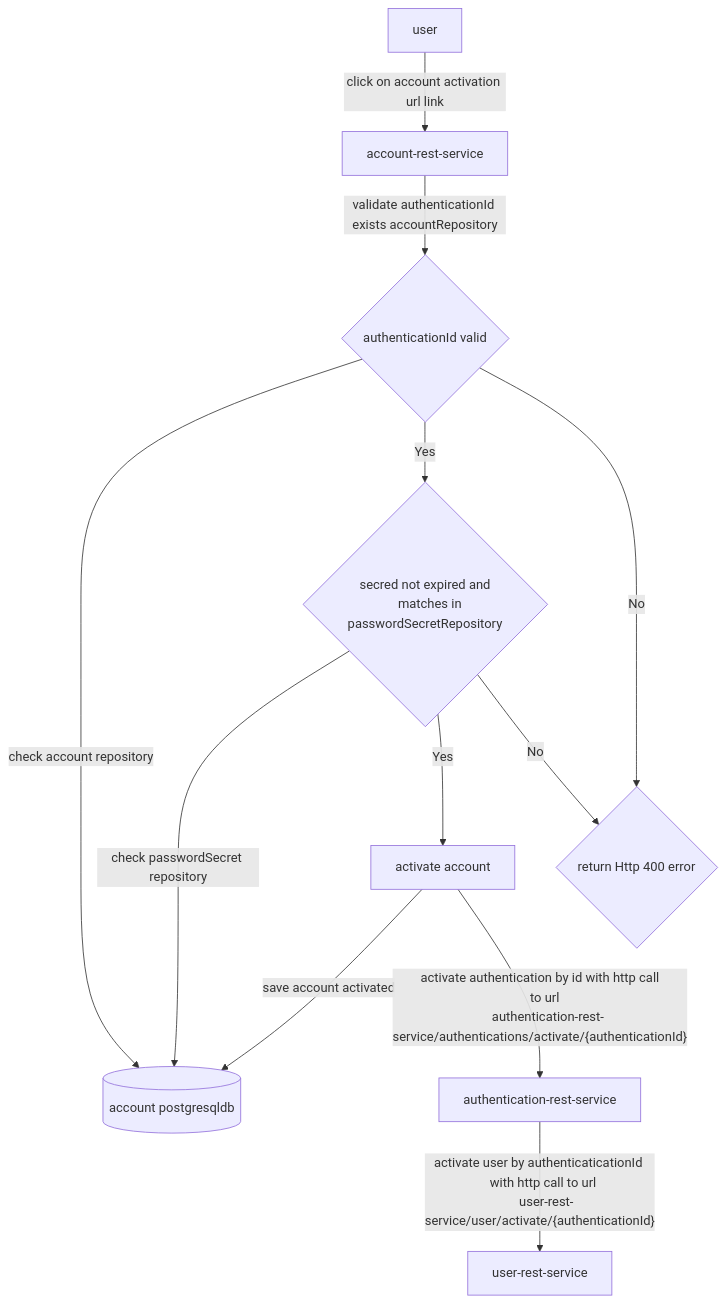
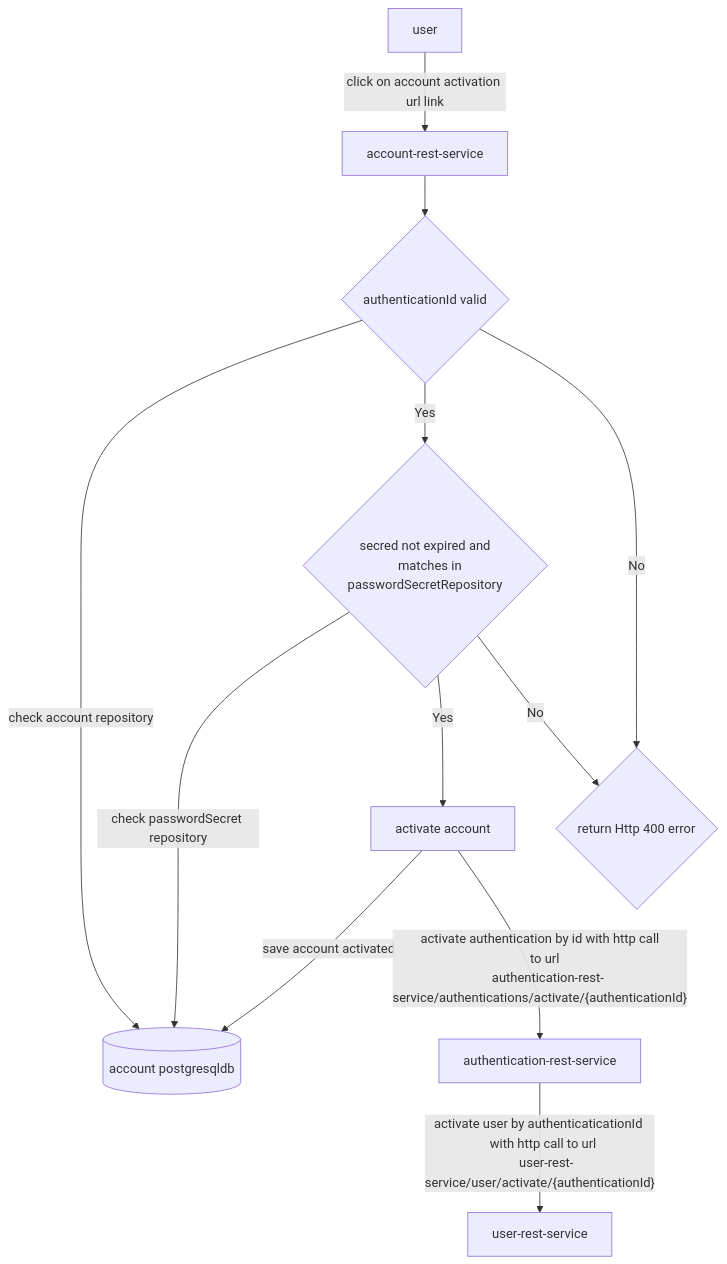
Before and after one commit to sonamsamdupkhangsar/account-rest-service: the diagram in README.md, drawn with Mermaid.

Commit message:
commit flow

````diff
--- a/README.md
+++ b/README.md
@@ -63,19 +63,19 @@
 ```mermaid
 flowchart TD
     User[user] --"click on account activation url link" -->  AccountRestService[account-rest-service] 
-    AccountRestService --"validate authenticationId exists accountRepository" --> authIdValid{authenticationId valid}
+    AccountRestService --> authIdValid{authenticationId valid}
     authIdValid --"check account repository"--> AccountPgsqlDb[(account postgresqldb)]
    authIdValid -->|Yes| secretValid{"secred not expired and
     matches in passwordSecretRepository"}
    authIdValid -->|No| error400{return Http 400 error}
    secretValid --"check passwordSecret repository" -->AccountPgsqlDb
    secretValid -->|Yes| activateAccount[activate account]
    activateAccount --"save account activated" --> AccountPgsqlDb
    secretValid -->|No| error400
    activateAccount -- "activate authentication by id with http call
      to url  
      authentication-rest-service/authentications/activate/{authenticationId}" --> AuthtenticationRestService[authentication-rest-service]
     AuthtenticationRestService --"activate user by authenticaticationId 
     with http call to url  
     user-rest-service/user/activate/{authenticationId}" --> UserRestService[user-rest-service]    
 ```
````
